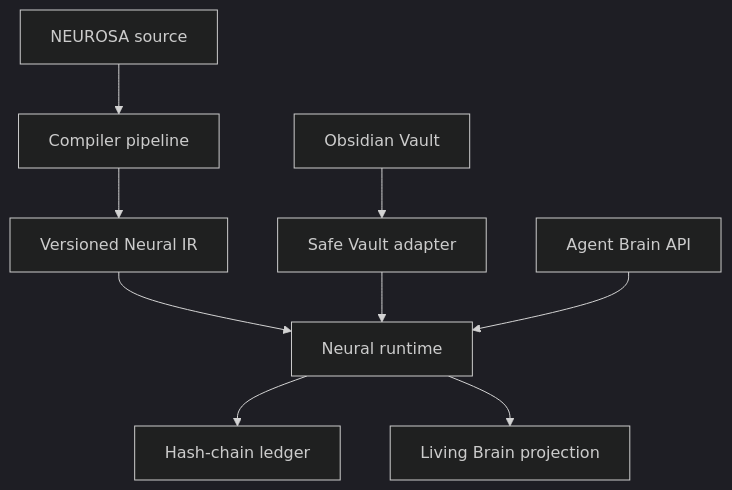
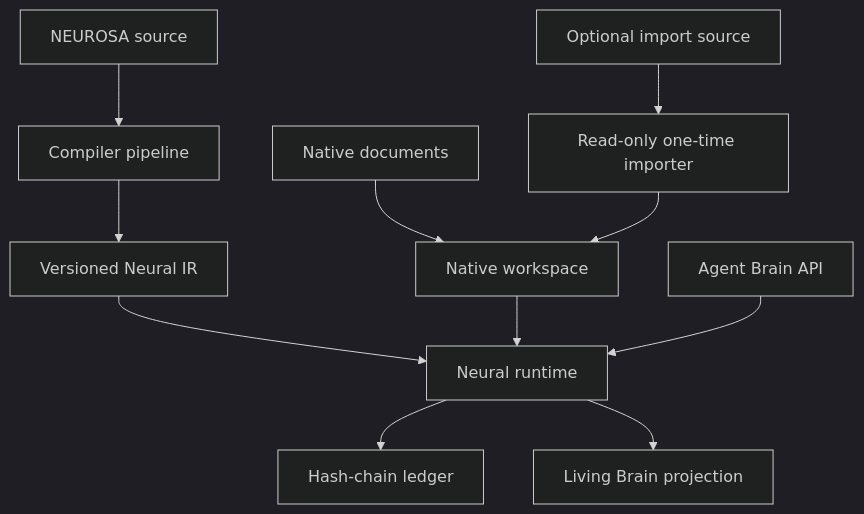
Before and after one commit to HazEOskA/neurosa-human-brain: the diagram in docs/NEUROSA_HB_ARCHITECTURE_LOCK.md, drawn with Mermaid (dark theme). The commit also changed other lines of this file and 13 other files, not shown here.

Commit message:
feat: add native brain documents workspace and search

````diff
--- a/docs/NEUROSA_HB_ARCHITECTURE_LOCK.md
+++ b/docs/NEUROSA_HB_ARCHITECTURE_LOCK.md
@@ -30,11 +30,13 @@
 ```mermaid
 flowchart TD
   NSA["NEUROSA source"] --> C["Compiler pipeline"]
   C --> IR["Versioned Neural IR"]
-  V["Obsidian Vault"] --> A["Safe Vault adapter"]
+  D["Native documents"] --> W["Native workspace"]
+  V["Optional import source"] --> A["Read-only one-time importer"]
   IR --> R["Neural runtime"]
-  A --> R
+  A --> W
+  W --> R
   API["Agent Brain API"] --> R
   R --> L["Hash-chain ledger"]
   R --> UI["Living Brain projection"]
 ```
````
